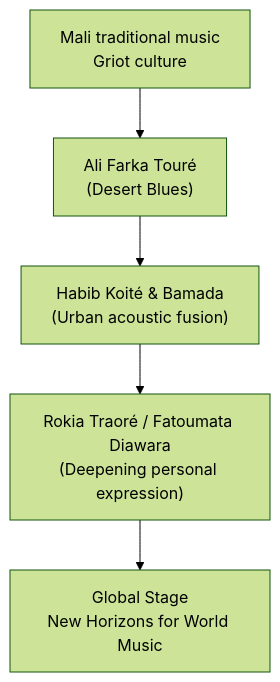
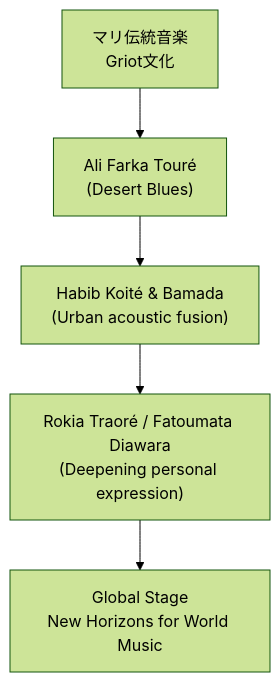
One commit to monumental-movement/monumental-movement.github.io changed the diagram in en/_posts/2025-10-29-column-habib-koite-mali.md. Above: the diagram before and after it, drawn with Mermaid (forest theme). The commit also changed other lines of this file and 2196 other files, not shown here.

```diff
--- a/en/_posts/2025-10-29-column-habib-koite-mali.md
+++ b/en/_posts/2025-10-29-column-habib-koite-mali.md
@@ -188,9 +188,9 @@
 <div class="mermaid">
 
 graph TD
-    A["Mali traditional music<br>Griot culture"] --> B["Ali Farka Touré<br>(Desert Blues)"]
+    A["マリ伝統音楽<br>Griot文化"] --> B["Ali Farka Touré<br>(Desert Blues)"]
     B --> C["Habib Koité & Bamada<br>(Urban acoustic fusion)"]
     C --> D["Rokia Traoré / Fatoumata Diawara<br>(Deepening personal expression)"]
     D --> E["Global Stage<br>New Horizons for World Music"]
 
 </div>
```
